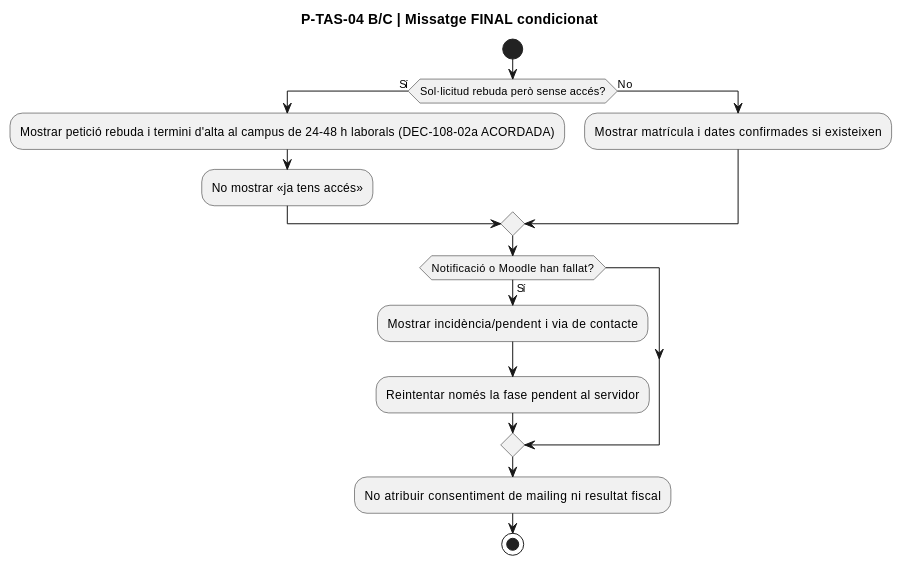
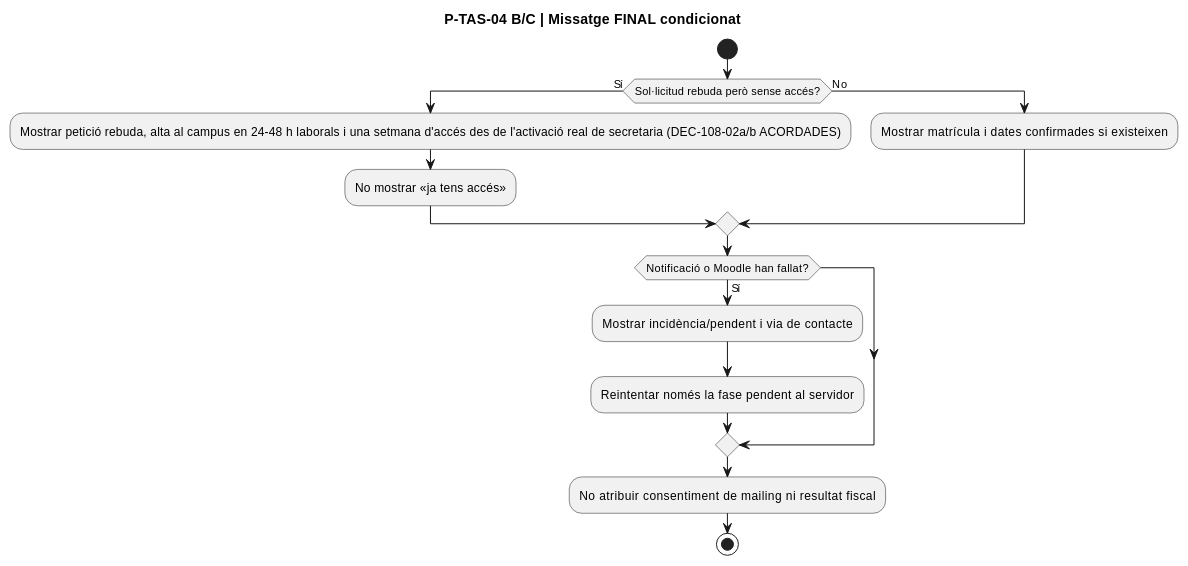
Before and after one commit to orgmeriemprismacat-del/verifactu: diagram 32 of 32 in documentacio/07-uml-integrat/uc-108-activitats-pagines-tastets-actual-final.md, drawn with PlantUML. The commit also changed other lines of this file, not shown here.

Commit message:
docs: agree UC-108 one-week campus access from actual secretariat activation

````diff
--- a/documentacio/07-uml-integrat/uc-108-activitats-pagines-tastets-actual-final.md
+++ b/documentacio/07-uml-integrat/uc-108-activitats-pagines-tastets-actual-final.md
@@ -771,18 +771,18 @@
 ```plantuml
 @startuml
 title P-TAS-04 B/C | Missatge FINAL condicionat
 start
 if (Sol·licitud rebuda però sense accés?) then (Sí)
-  :Mostrar petició rebuda i termini d'alta al campus de 24–48 h laborals (DEC-108-02a ACORDADA);
+  :Mostrar petició rebuda, alta al campus en 24–48 h laborals i una setmana d'accés des de l'activació real de secretaria (DEC-108-02a/b ACORDADES);
   :No mostrar «ja tens accés»;
 else (No)
   :Mostrar matrícula i dates confirmades si existeixen;
 endif
 if (Notificació o Moodle han fallat?) then (Sí)
   :Mostrar incidència/pendent i via de contacte;
   :Reintentar només la fase pendent al servidor;
 endif
 :No atribuir consentiment de mailing ni resultat fiscal;
 stop
 @enduml
 ```
````
